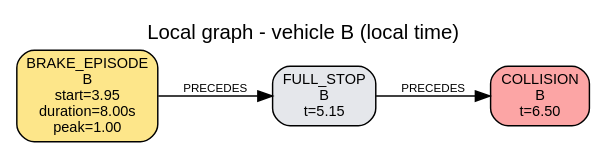
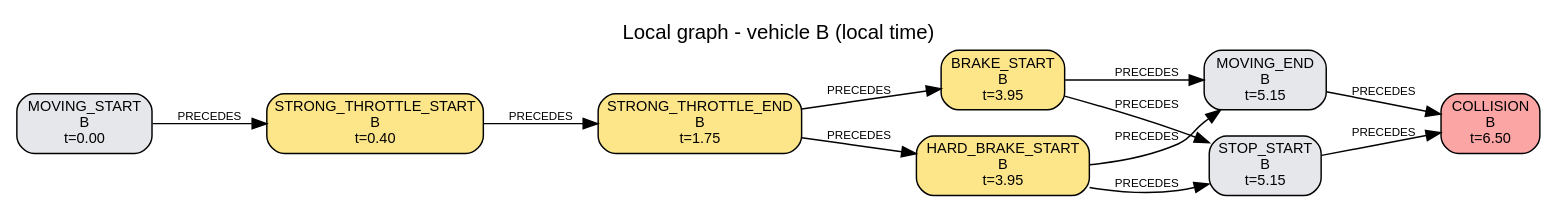
One commit to AndreaBedei1/causaldrive-forensics changed the diagram in traces/S01/run_0_crash/reconstruction/B/local_graph.dot. Above: the diagram before and after it, drawn with Graphviz. The commit also changed 1585 other files, not shown here.

```diff
--- a/traces/S01/run_0_crash/reconstruction/B/local_graph.dot
+++ b/traces/S01/run_0_crash/reconstruction/B/local_graph.dot
@@ -1,10 +1,25 @@
 digraph "local_B" {
   graph [rankdir=LR, labelloc=t, fontname=Helvetica, label="Local graph - vehicle B (local time)"];
   node [shape=box, style="rounded,filled", fontname=Helvetica, fontsize=10];
   edge [fontname=Helvetica, fontsize=8];
-  "B:e01" [label="BRAKE_EPISODE\nB\nstart=3.95\nduration=8.00s\npeak=1.00", fillcolor="#fde68a"];
-  "B:e02" [label="FULL_STOP\nB\nt=5.15", fillcolor="#e5e7eb"];
-  "B:e03" [label="COLLISION\nB\nt=6.50", fillcolor="#fca5a5"];
+  "B:e01" [label="MOVING_START\nB\nt=0.00", fillcolor="#e5e7eb"];
+  "B:e02" [label="STRONG_THROTTLE_START\nB\nt=0.40", fillcolor="#fde68a"];
+  "B:e03" [label="STRONG_THROTTLE_END\nB\nt=1.75", fillcolor="#fde68a"];
+  "B:e04" [label="BRAKE_START\nB\nt=3.95", fillcolor="#fde68a"];
+  "B:e05" [label="HARD_BRAKE_START\nB\nt=3.95", fillcolor="#fde68a"];
+  "B:e06" [label="MOVING_END\nB\nt=5.15", fillcolor="#e5e7eb"];
+  "B:e07" [label="STOP_START\nB\nt=5.15", fillcolor="#e5e7eb"];
+  "B:e08" [label="COLLISION\nB\nt=6.50", fillcolor="#fca5a5"];
+  {rank=same; "B:e04"; "B:e05";}
+  {rank=same; "B:e06"; "B:e07";}
   "B:e01" -> "B:e02" [label="PRECEDES"];
   "B:e02" -> "B:e03" [label="PRECEDES"];
+  "B:e03" -> "B:e04" [label="PRECEDES"];
+  "B:e03" -> "B:e05" [label="PRECEDES"];
+  "B:e04" -> "B:e06" [label="PRECEDES"];
+  "B:e04" -> "B:e07" [label="PRECEDES"];
+  "B:e05" -> "B:e06" [label="PRECEDES"];
+  "B:e05" -> "B:e07" [label="PRECEDES"];
+  "B:e06" -> "B:e08" [label="PRECEDES"];
+  "B:e07" -> "B:e08" [label="PRECEDES"];
 }
```
